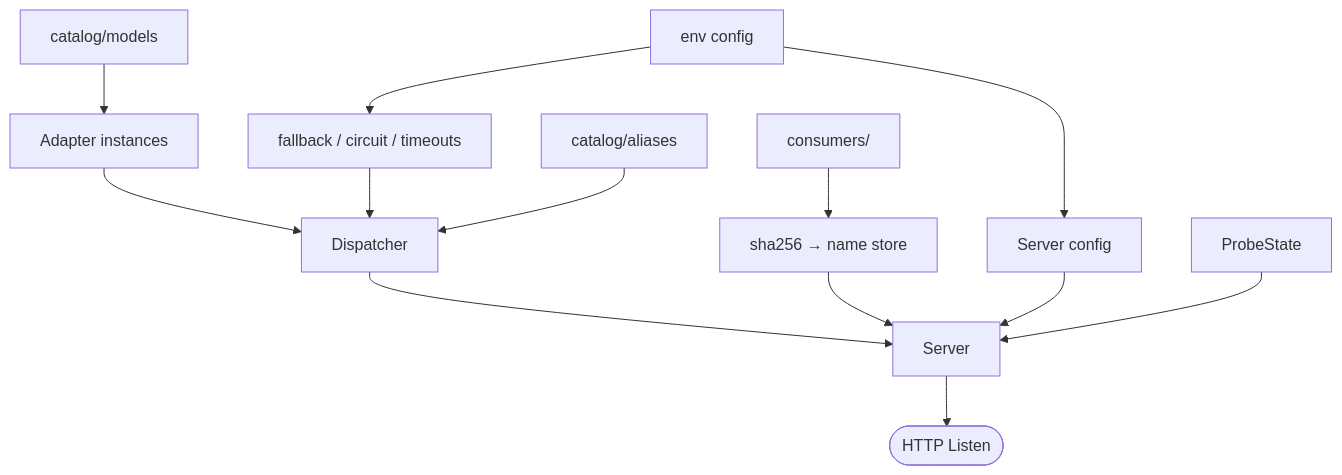
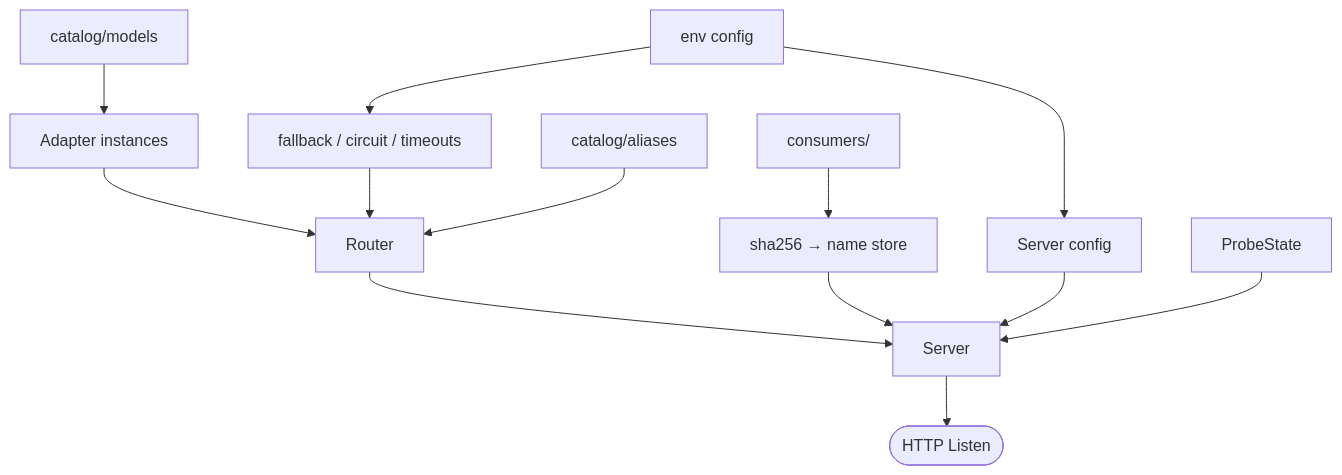
The second of 4 diagrams in docs/architecture.md (cagojeiger/llmgate), drawn with Mermaid before and after one commit. The commit also changed other lines of this file and 75 other files, not shown here.

````diff
--- a/docs/architecture.md
+++ b/docs/architecture.md
@@ -168,15 +171,15 @@
 ```mermaid
 graph TD
     Env[env config] --> ServerCfg[Server config]
     Env --> Policy[fallback / circuit / timeouts]
     CatalogM[catalog/models] --> Adapters[Adapter instances]
-    Adapters --> Dispatcher
-    CatalogA[catalog/aliases] --> Dispatcher
-    Policy --> Dispatcher
+    Adapters --> Router
+    CatalogA[catalog/aliases] --> Router
+    Policy --> Router
     Consumers[consumers/] --> Store[sha256 → name store]
     ServerCfg --> Server
     Store --> Server
-    Dispatcher --> Server
+    Router --> Server
     Probe[ProbeState] --> Server
     Server --> Listen([HTTP Listen])
 ```
````
